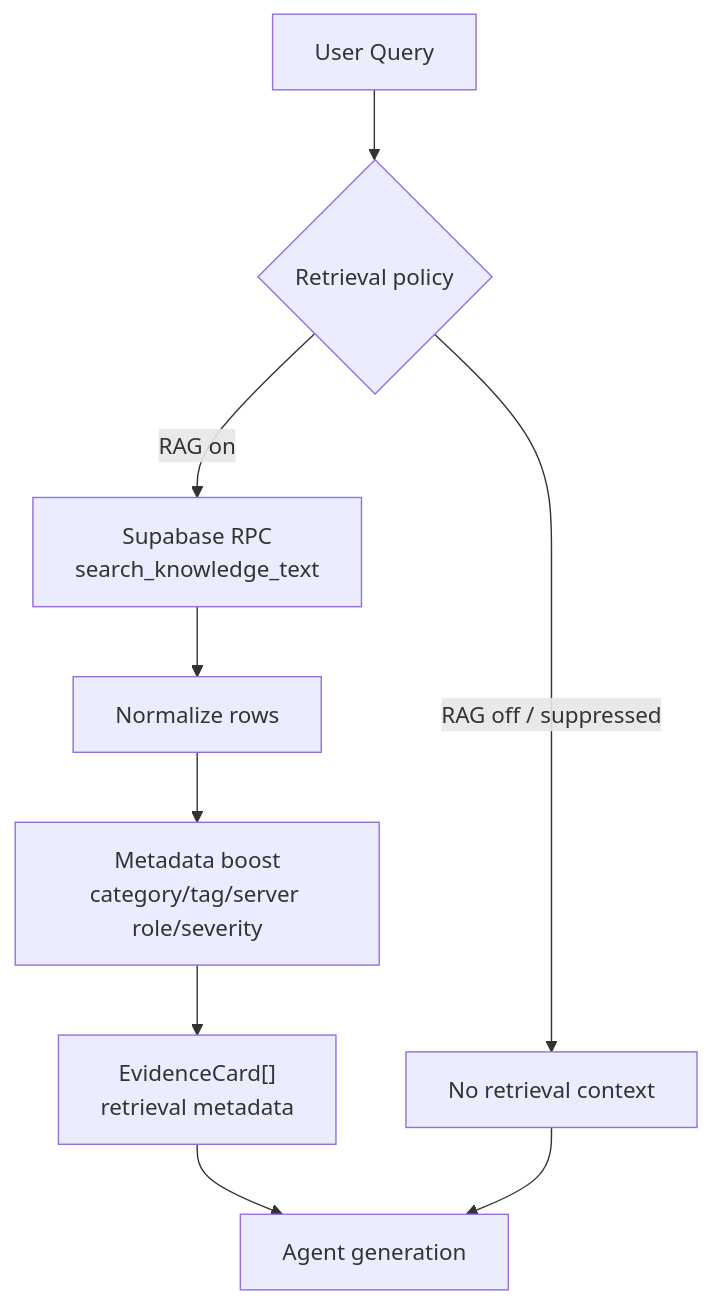
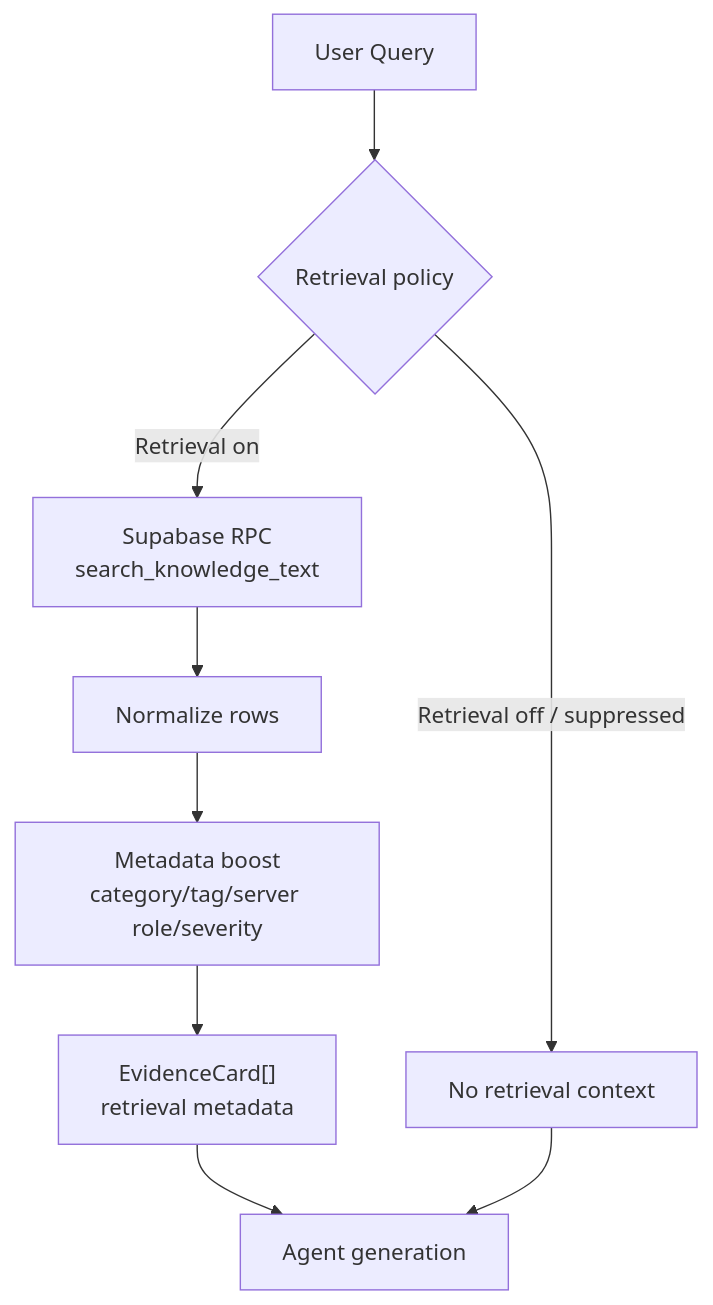
One commit to skyasu2/openmanager-ai changed the diagram in docs/reference/architecture/ai/rag-knowledge-engine.md. Above: the diagram before and after it, drawn with Mermaid. The commit also changed other lines of this file and 42 other files, not shown here.

````diff
--- a/docs/reference/architecture/ai/rag-knowledge-engine.md
+++ b/docs/reference/architecture/ai/rag-knowledge-engine.md
@@ -99,11 +99,11 @@
 ```mermaid
 graph TD
     Query["User Query"] --> Policy{"Retrieval policy"}
-    Policy -->|"RAG off / suppressed"| NoRetrieval["No retrieval context"]
-    Policy -->|"RAG on"| RPC["Supabase RPC<br/>search_knowledge_text"]
+    Policy -->|"Retrieval off / suppressed"| NoRetrieval["No retrieval context"]
+    Policy -->|"Retrieval on"| RPC["Supabase RPC<br/>search_knowledge_text"]
     RPC --> Normalize["Normalize rows"]
     Normalize --> Boost["Metadata boost<br/>category/tag/server role/severity"]
     Boost --> Evidence["EvidenceCard[]<br/>retrieval metadata"]
     Evidence --> Agent["Agent generation"]
     NoRetrieval --> Agent
 ```
````
